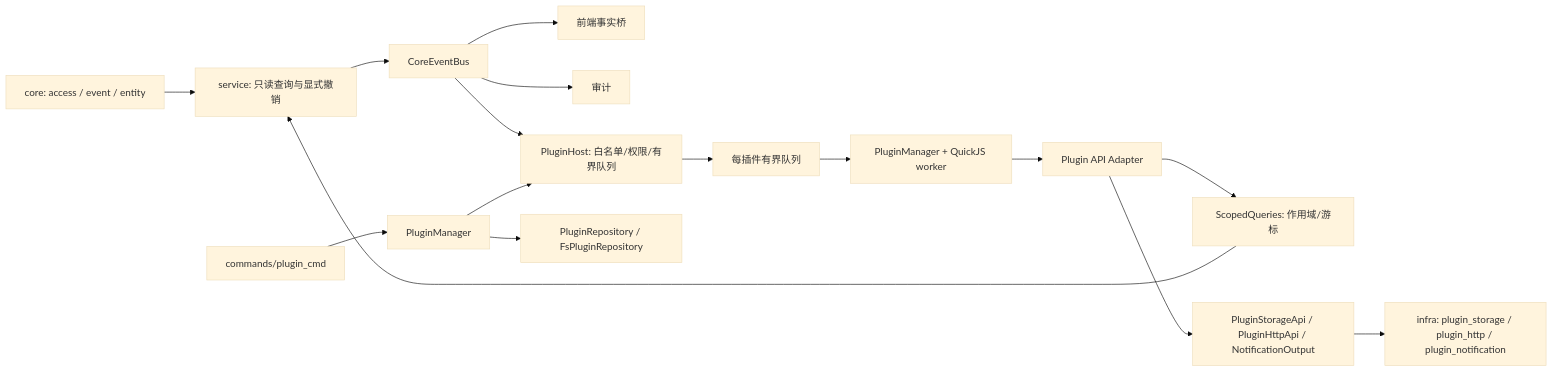
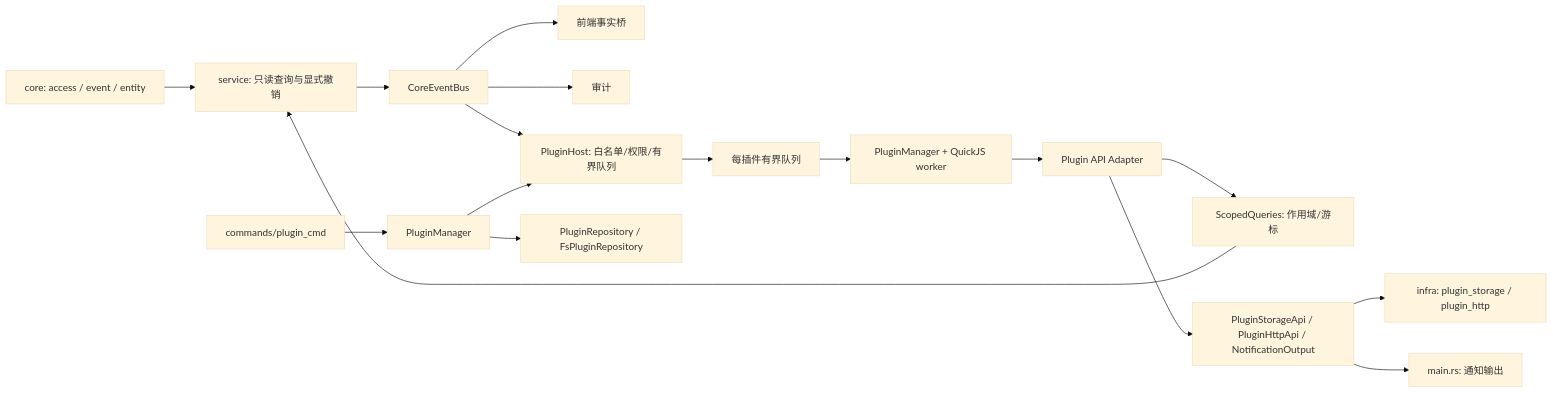
The diagram in doc/plugin/architecture.md (dongzhuo375/Hinina), drawn with Mermaid (base theme) before and after one commit. The commit also changed other lines of this file and 134 other files, not shown here.

````diff
--- a/doc/plugin/architecture.md
+++ b/doc/plugin/architecture.md
@@ -19,18 +19,18 @@
 ```mermaid
 flowchart LR
   Core[core: access / event / entity] --> Service[service: 只读查询与显式撤销]
   Service --> Bus[CoreEventBus]
   Bus --> Frontend[前端事实桥]
   Bus --> Audit[审计]
   Bus --> Host[PluginHost: 白名单/权限/有界队列]
   Host --> Queue[每插件有界队列]
   Queue --> Runtime[PluginManager + QuickJS worker]
   Runtime --> API[Plugin API Adapter]
   API --> Query[ScopedQueries: 作用域/游标]
   Query --> Service
   API --> Ports[PluginStorageApi / PluginHttpApi / NotificationOutput]
-  Ports --> Infra[infra: plugin_storage / plugin_http / plugin_notification]
+  Ports --> Infra[infra: plugin_storage / plugin_http] & 组合根[main.rs: 通知输出]
   Command[commands/plugin_cmd] --> Manager[PluginManager]
   Manager --> Host
   Manager --> Repository[PluginRepository / FsPluginRepository]
 ```
````
